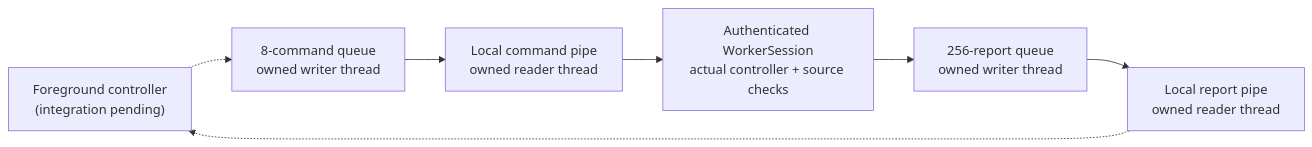
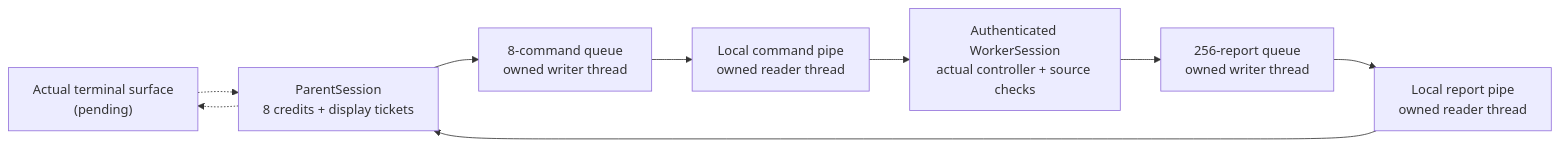
Before and after one commit to giodl73-repo/REEL: the second of 5 diagrams in docs/installation-native-runtime-v1.md, drawn with Mermaid. The commit also changed other lines of this file and 7 other files, not shown here.

Commit message:
feat: connect foreground installation protocol and command credits

````diff
--- a/docs/installation-native-runtime-v1.md
+++ b/docs/installation-native-runtime-v1.md
@@ -103,11 +104,13 @@
 ```mermaid
 flowchart LR
     accTitle: Separate one-way pipes isolate blocked command and report I/O
-    accDescr: The foreground still needs integration. Bounded queues and owned I/O threads connect the local pipes to the authenticated worker session. Both actual worker pipe peers must match the PID held by the existing process runner.
-    fg["Foreground controller<br/>(integration pending)"] -.-> cq["8-command queue<br/>owned writer thread"]
+    accDescr: ParentSession and WorkerSession exchange guarded commands and observations through owned pipe I/O. ParentSession keeps command credits through worker confirmation of display. The actual terminal still needs integration. Both actual worker pipe peers must match the PID held by the existing process runner.
+    console["Actual terminal surface<br/>(pending)"] -.-> fg["ParentSession<br/>8 credits + display tickets"]
+    fg -.-> console
+    fg --> cq["8-command queue<br/>owned writer thread"]
     cq --> cp["Local command pipe<br/>owned reader thread"]
     cp --> worker["Authenticated WorkerSession<br/>actual controller + source checks"]
     worker --> rq["256-report queue<br/>owned writer thread"]
     rq --> rp["Local report pipe<br/>owned reader thread"]
-    rp -.-> fg
+    rp --> fg
 ```
````
